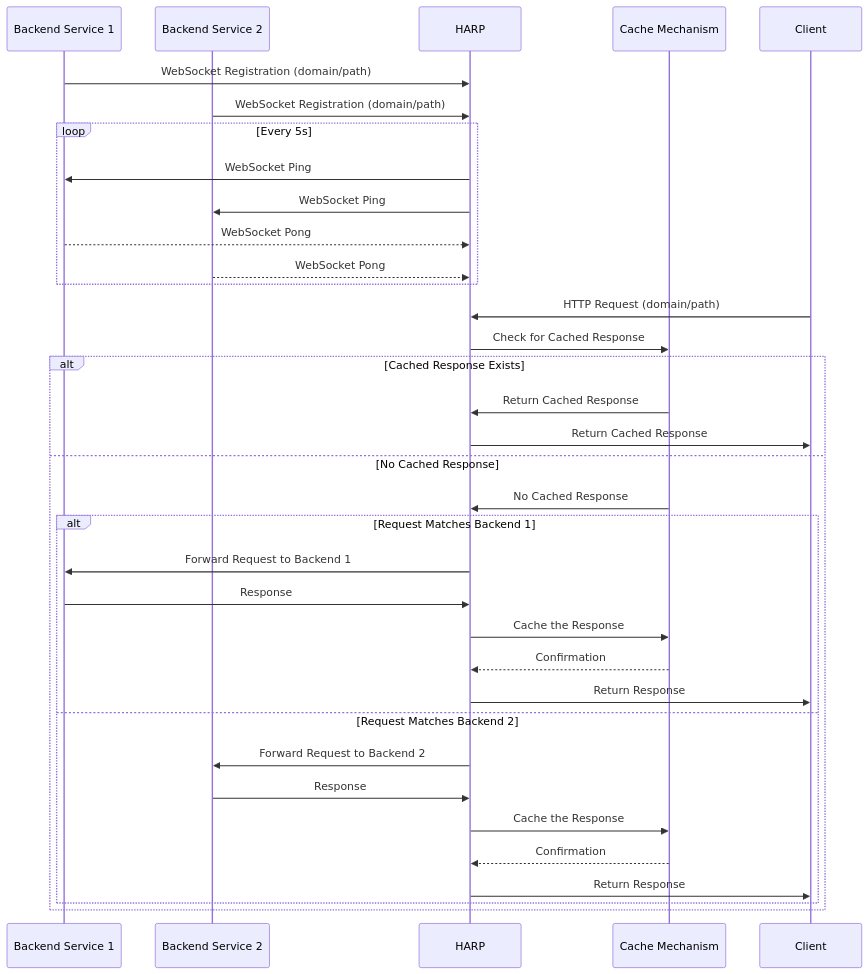
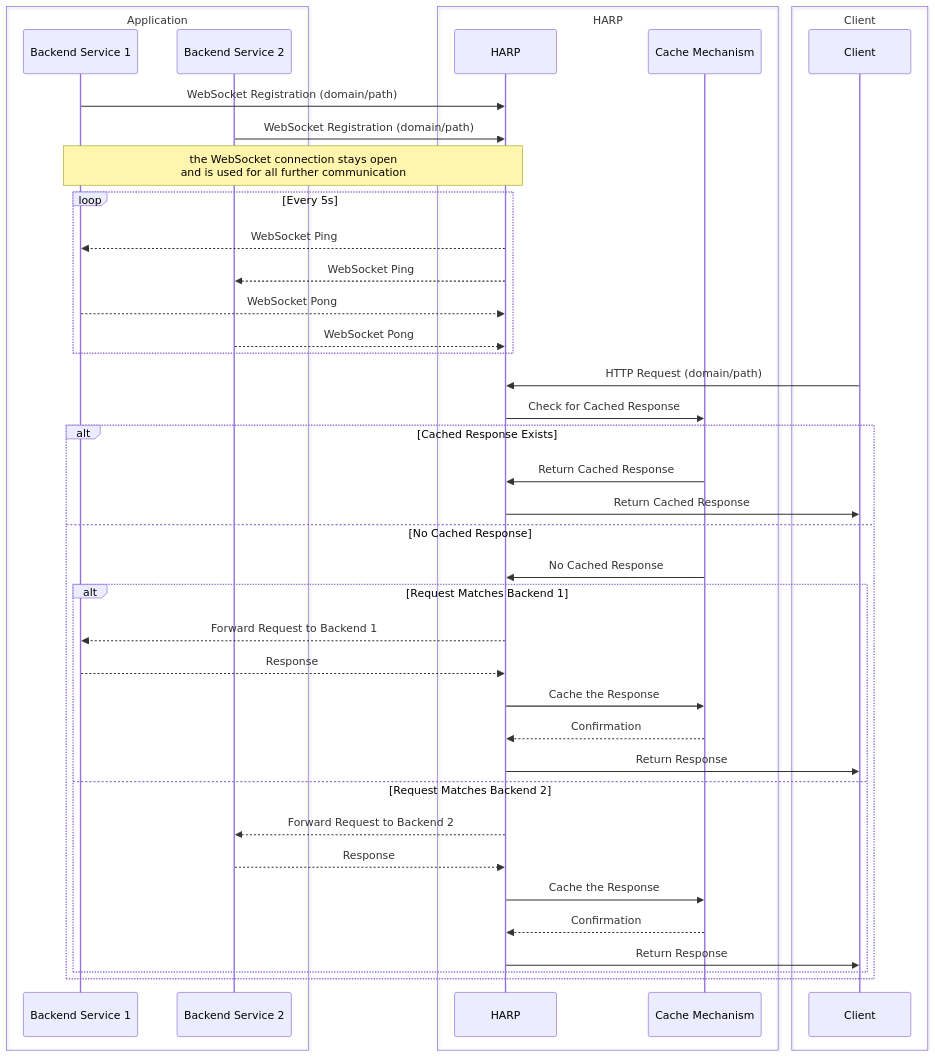
The diagram in README.md (SimonWaldherr/HARP), drawn with Mermaid before and after one commit.

````diff
--- a/README.md
+++ b/README.md
@@ -39,40 +39,48 @@
 ```mermaid
 sequenceDiagram
+    box Application
     participant B1 as Backend Service 1
     participant B2 as Backend Service 2
+    end
+    box HARP
     participant H as HARP
     participant CM as Cache Mechanism
+    end
+    
+    box Client
     participant C as Client
-
+    end
+ 
     B1->>H: WebSocket Registration (domain/path)
     B2->>H: WebSocket Registration (domain/path)
-
+    Note over B1,H: the WebSocket connection stays open<br/>and is used for all further communication
+ 
     loop Every 5s
-        H->>B1: WebSocket Ping
-        H->>B2: WebSocket Ping
+        H-->>B1: WebSocket Ping
+        H-->>B2: WebSocket Ping
         B1-->>H: WebSocket Pong
         B2-->>H: WebSocket Pong
     end
-
+ 
     C->>H: HTTP Request (domain/path)
     H->>CM: Check for Cached Response
     alt Cached Response Exists
         CM->>H: Return Cached Response
         H->>C: Return Cached Response
     else No Cached Response
         CM->>H: No Cached Response
         alt Request Matches Backend 1
-            H->>B1: Forward Request to Backend 1
-            B1->>H: Response
+            H-->>B1: Forward Request to Backend 1
+            B1-->>H: Response
             H->>CM: Cache the Response
             CM-->>H: Confirmation
             H->>C: Return Response
         else Request Matches Backend 2
-            H->>B2: Forward Request to Backend 2
-            B2->>H: Response
+            H-->>B2: Forward Request to Backend 2
+            B2-->>H: Response
             H->>CM: Cache the Response
             CM-->>H: Confirmation
             H->>C: Return Response
         end
     end
 ```
````
